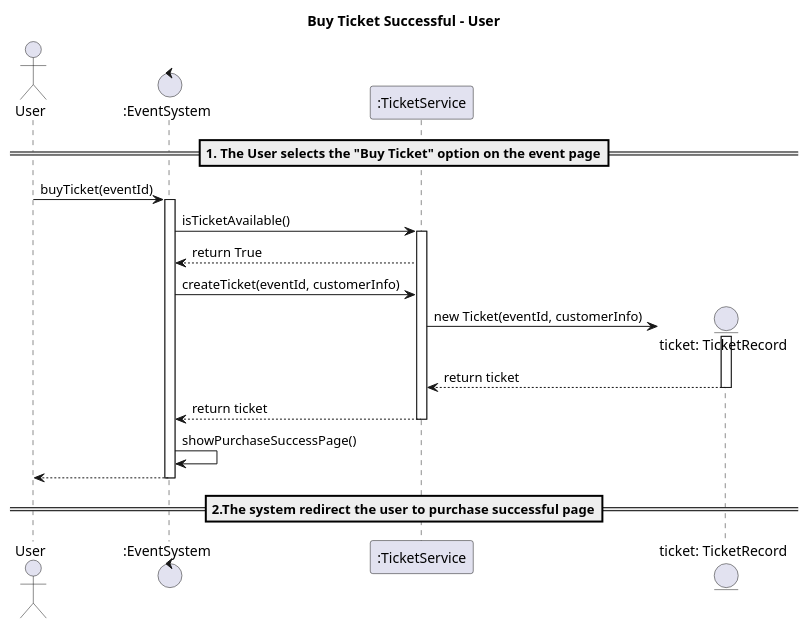
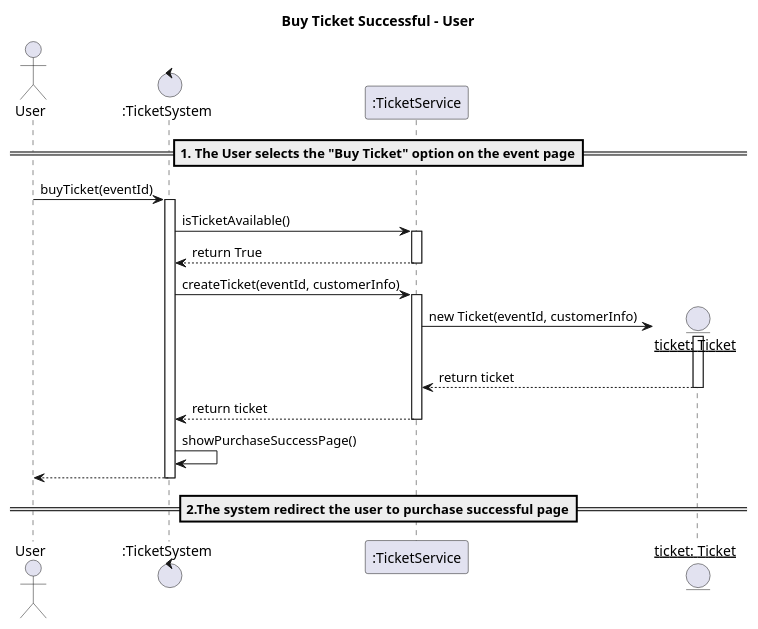
One commit to mrle0429/Event-Management-System changed the diagram in 02-analysis/Buy_Ticket_Success.puml. Above: the diagram before and after it, drawn with PlantUML. The commit also changed 5 other files, not shown here.

```diff
--- a/02-analysis/Buy_Ticket_Success.puml
+++ b/02-analysis/Buy_Ticket_Success.puml
@@ -1,27 +1,29 @@
 @startuml
 title Buy Ticket Successful - User
 
 actor User
-control ":EventSystem" as ES
+control ":TicketSystem" as ES
 participant ":TicketService" as TS
-entity "ticket: TicketRecord" as ticket
+entity "__ticket: Ticket__" as ticket
 
 == 1. The User selects the "Buy Ticket" option on the event page==
 User -> ES : buyTicket(eventId)
 activate ES
 ES -> TS : isTicketAvailable()
 activate TS
 TS --> ES : return True
+deactivate TS
 ES -> TS : createTicket(eventId, customerInfo)
+activate TS
 create ticket
 TS -> ticket : new Ticket(eventId, customerInfo)
 activate ticket
 ticket --> TS : return ticket
 deactivate ticket
 TS --> ES : return ticket
 deactivate TS
 ES -> ES : showPurchaseSuccessPage()
 ES --> User :
 deactivate ES
 ==2.The system redirect the user to purchase successful page==
 @enduml
```
